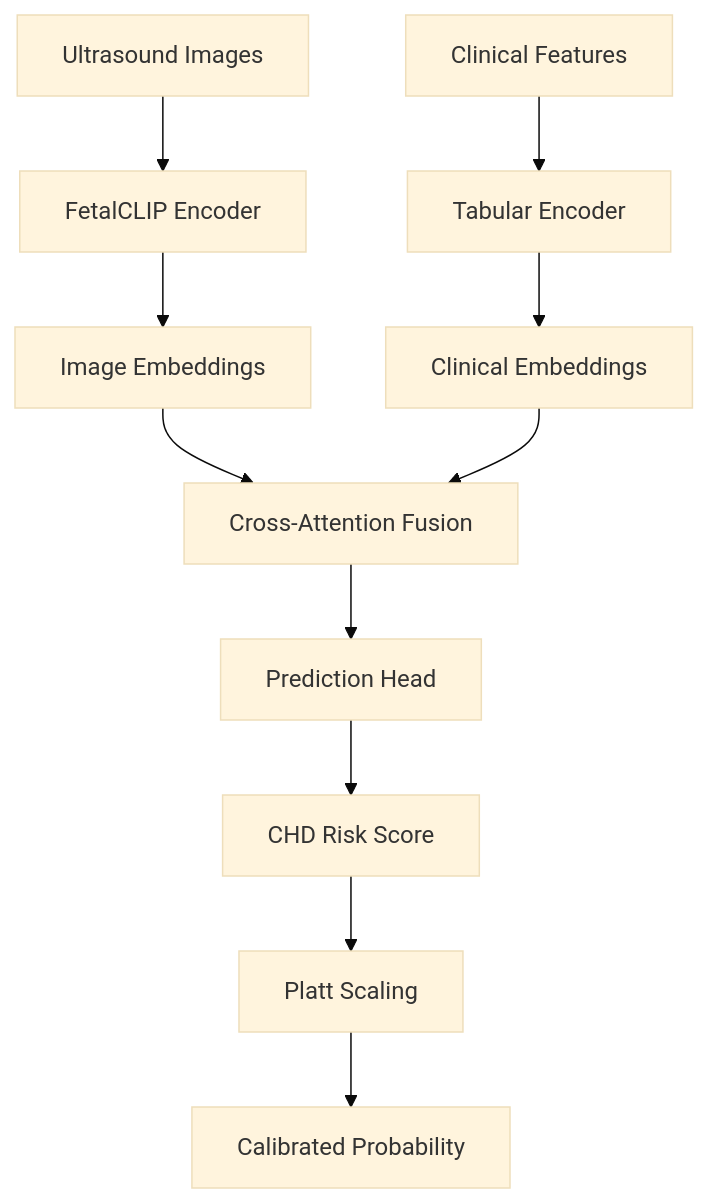
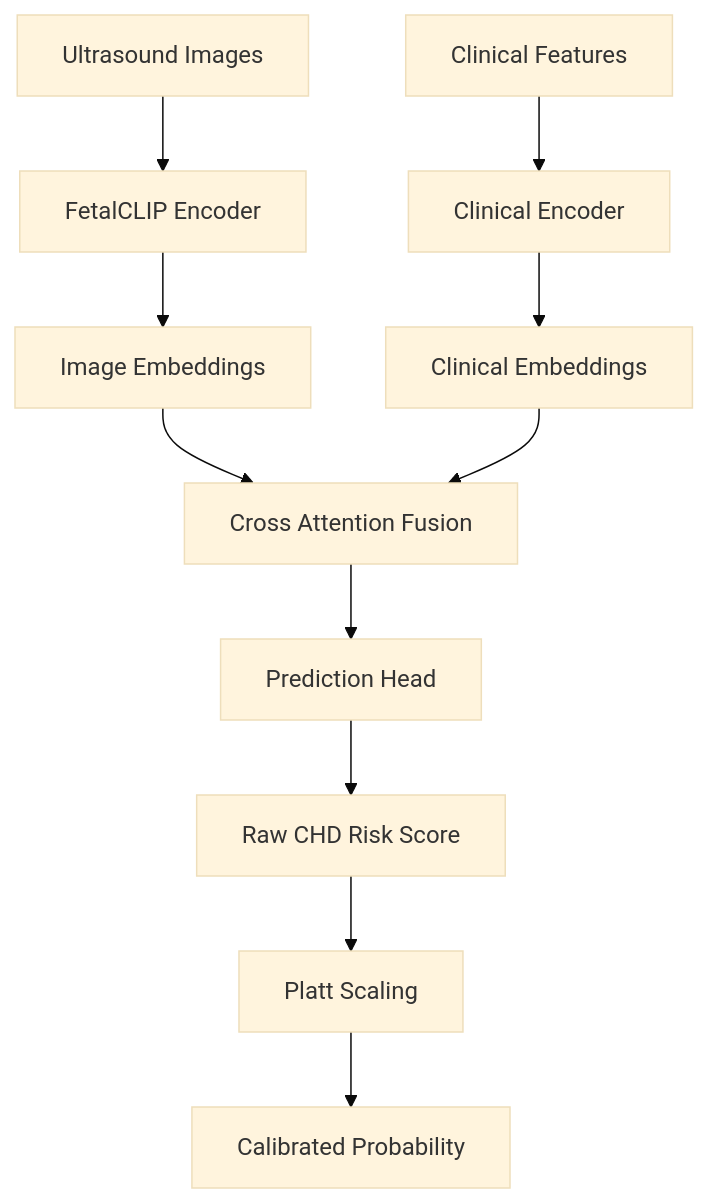
Before and after one commit to meghnanag2/FetalVisionAI: the first of 2 diagrams in README.md, drawn with Mermaid (base theme). The commit also changed other lines of this file, not shown here.

````diff
--- a/README.md
+++ b/README.md
@@ -49,13 +76,16 @@
 ```mermaid
 flowchart TD
 A[Ultrasound Images] --> B[FetalCLIP Encoder]
 B --> C[Image Embeddings]
-D[Clinical Features] --> E[Tabular Encoder]
+
+D[Clinical Features] --> E[Clinical Encoder]
 E --> F[Clinical Embeddings]
-C --> G[Cross-Attention Fusion]
+
+C --> G[Cross Attention Fusion]
 F --> G
+
 G --> H[Prediction Head]
-H --> I[CHD Risk Score]
+H --> I[Raw CHD Risk Score]
 I --> J[Platt Scaling]
 J --> K[Calibrated Probability]
 ```
````
